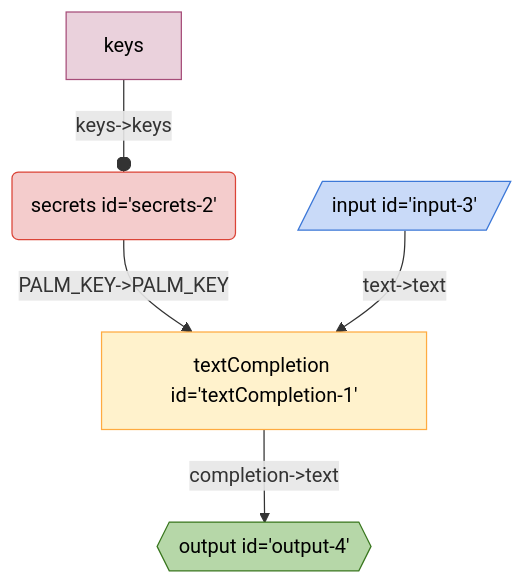
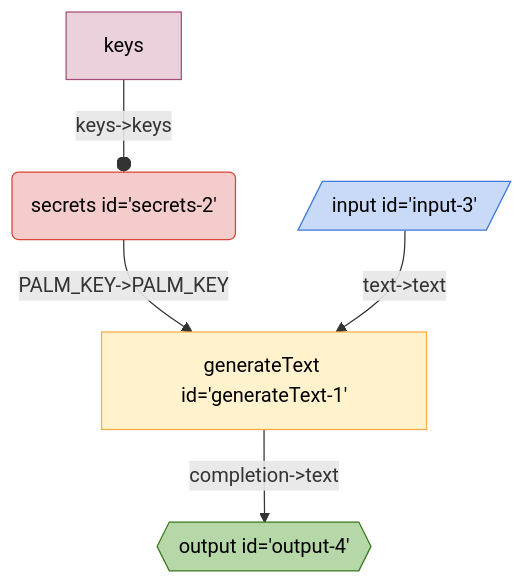
Before and after one commit to breadboard-ai/breadboard: the diagram in seeds/graph-playground/docs/graphs/simplest.md, drawn with Mermaid. The commit also changed 63 other files, not shown here.

First line of the commit message:
[llm-starter] Rename `textCompletion` to `generateText`.

````diff
--- a/seeds/graph-playground/docs/graphs/simplest.md
+++ b/seeds/graph-playground/docs/graphs/simplest.md
@@ -5,16 +5,16 @@
   ```mermaid
   %%{init: 'themeVariables': { 'fontFamily': 'Fira Code, monospace' }}%%
 graph TD;
-secrets2("secrets id='secrets-2'"):::secrets -- "PALM_KEY->PALM_KEY" --> textCompletion1["textCompletion id='textCompletion-1'"]
-textCompletion1["textCompletion id='textCompletion-1'"] -- "completion->text" --> output4{{"output id='output-4'"}}:::output
-input3[/"input id='input-3'"/]:::input -- "text->text" --> textCompletion1["textCompletion id='textCompletion-1'"]
+secrets2("secrets id='secrets-2'"):::secrets -- "PALM_KEY->PALM_KEY" --> generateText1["generateText id='generateText-1'"]
+generateText1["generateText id='generateText-1'"] -- "completion->text" --> output4{{"output id='output-4'"}}:::output
+input3[/"input id='input-3'"/]:::input -- "text->text" --> generateText1["generateText id='generateText-1'"]
 keyssecrets2[keys]:::config -- "keys->keys" --o secrets2
 classDef default stroke:#ffab40,fill:#fff2ccff,color:#000
 classDef input stroke:#3c78d8,fill:#c9daf8ff,color:#000
 classDef output stroke:#38761d,fill:#b6d7a8ff,color:#000
 classDef passthrough stroke:#a64d79,fill:#ead1dcff,color:#000
 classDef slot stroke:#a64d79,fill:#ead1dcff,color:#000
 classDef config stroke:#a64d79,fill:#ead1dcff,color:#000
 classDef secrets stroke:#db4437,fill:#f4cccc,color:#000
 classDef slotted stroke:#a64d79
   ```
````
